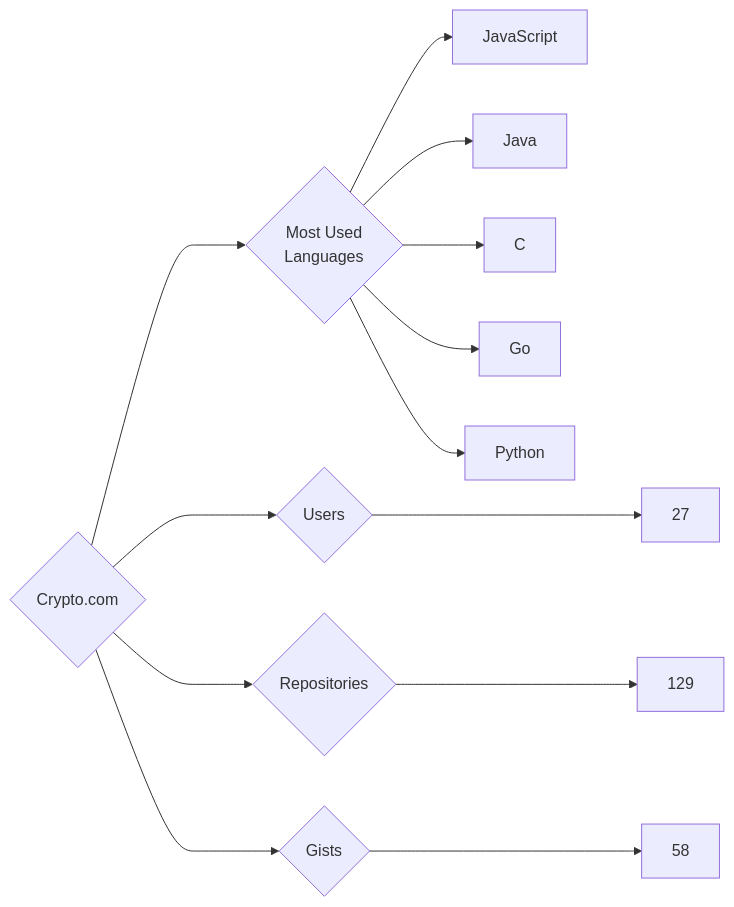
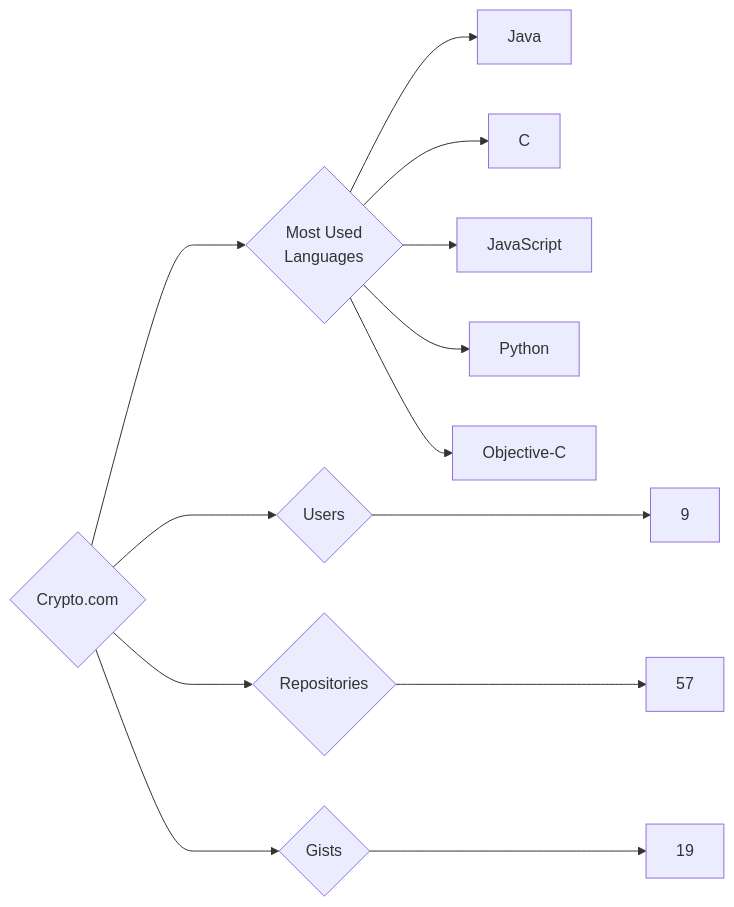
One commit to trickest/insiders changed the diagram in targets/Crypto.com/README.md. Above: the diagram before and after it, drawn with Mermaid. The commit also changed 873 other files, not shown here.

````diff
--- a/targets/Crypto.com/README.md
+++ b/targets/Crypto.com/README.md
@@ -3,13 +3,13 @@
 ```mermaid
 graph LR
 COMPANY_NAME{Crypto.com}
-COMPANY_NAME ---> U{Users} ---> UN[27]
-COMPANY_NAME ---> R{Repositories} ---> RN[129]
-COMPANY_NAME ---> G{Gists} ---> GN[58]
+COMPANY_NAME ---> U{Users} ---> UN[9]
+COMPANY_NAME ---> R{Repositories} ---> RN[57]
+COMPANY_NAME ---> G{Gists} ---> GN[19]
 COMPANY_NAME ---> ML{Most Used<br>Languages}
-ML --> JavaScript[JavaScript]
 ML --> Java[Java]
 ML --> C[C]
-ML --> Go[Go]
+ML --> JavaScript[JavaScript]
 ML --> Python[Python]
+ML --> Objective-C[Objective-C]
 ```
````
